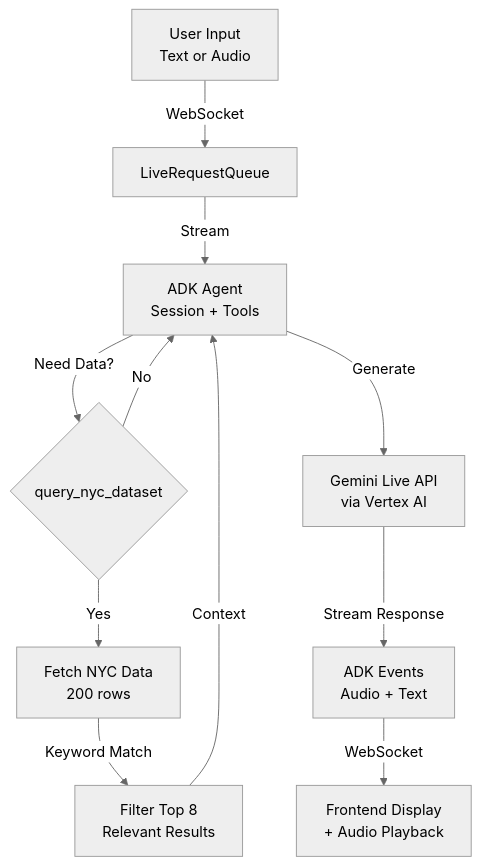
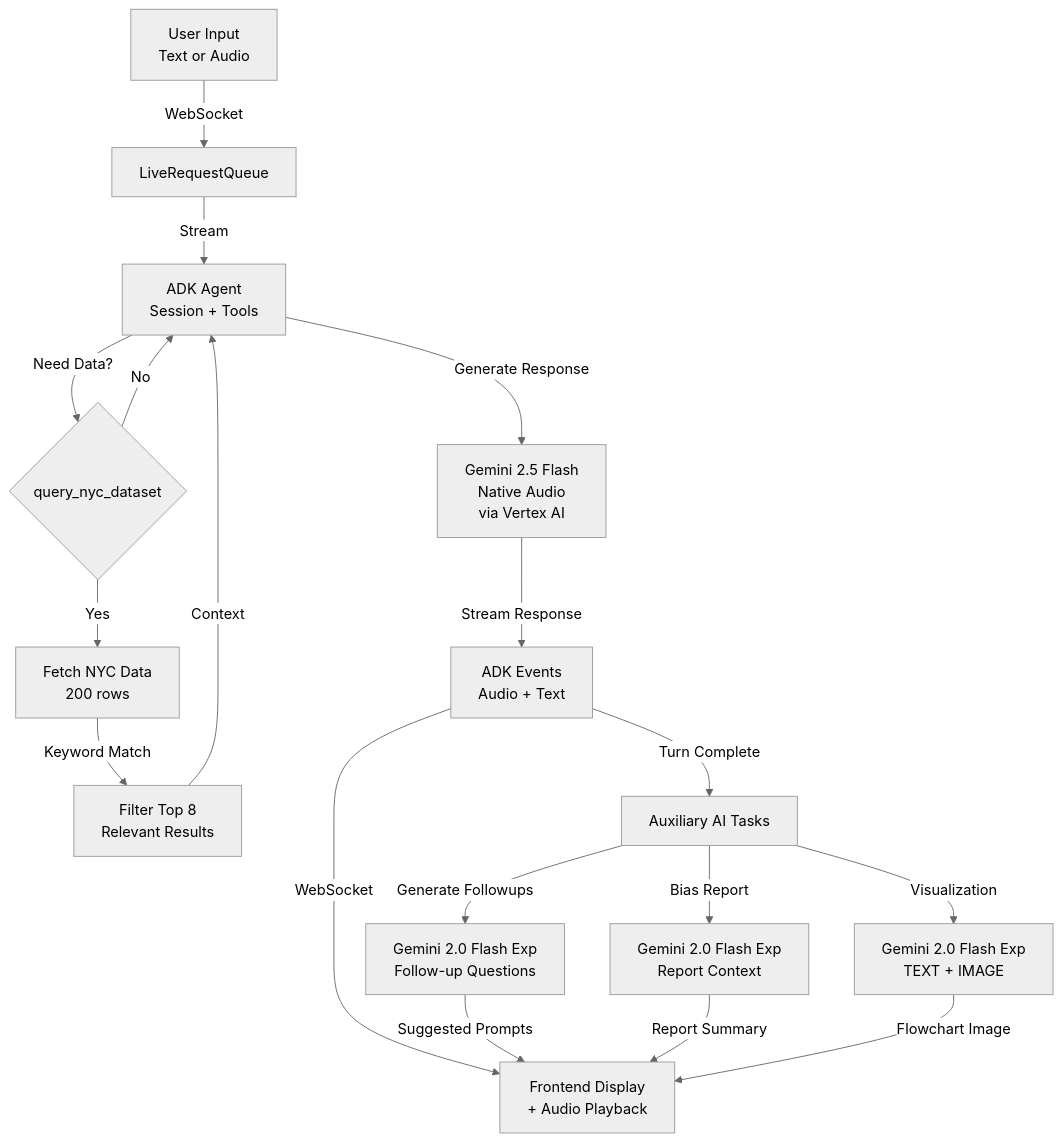
Before and after one commit to sophiajjj96-eng/decode_nyc: the third of 3 diagrams in docs/GOOGLE-SOLUTIONS.md, drawn with Mermaid (neutral theme). The commit also changed other lines of this file and 6 other files, not shown here.

First line of the commit message:
chore(config): update to stable gemini-2.5-flash-native-audio

````diff
--- a/docs/GOOGLE-SOLUTIONS.md
+++ b/docs/GOOGLE-SOLUTIONS.md
@@ -59,17 +60,26 @@
 ```mermaid
 graph TB
     Input[User Input<br/>Text or Audio]
     Input -->|WebSocket| Queue[LiveRequestQueue]
     
     Queue -->|Stream| Agent[ADK Agent<br/>Session + Tools]
     Agent -->|Need Data?| Tool{query_nyc_dataset}
     
     Tool -->|Yes| Fetch[Fetch NYC Data<br/>200 rows]
     Fetch -->|Keyword Match| Filter[Filter Top 8<br/>Relevant Results]
     Filter -->|Context| Agent
     Tool -->|No| Agent
     
-    Agent -->|Generate| Gemini[Gemini Live API<br/>via Vertex AI]
-    Gemini -->|Stream Response| Events[ADK Events<br/>Audio + Text]
+    Agent -->|Generate Response| MainModel[Gemini 2.5 Flash<br/>Native Audio<br/>via Vertex AI]
+    MainModel -->|Stream Response| Events[ADK Events<br/>Audio + Text]
+    
+    Events -->|Turn Complete| Auxiliary[Auxiliary AI Tasks]
+    Auxiliary -->|Generate Followups| Followup[Gemini 2.0 Flash Exp<br/>Follow-up Questions]
+    Auxiliary -->|Bias Report| BiasGen[Gemini 2.0 Flash Exp<br/>Report Context]
+    Auxiliary -->|Visualization| Multimodal[Gemini 2.0 Flash Exp<br/>TEXT + IMAGE]
+    
     Events -->|WebSocket| Output[Frontend Display<br/>+ Audio Playback]
+    Followup -->|Suggested Prompts| Output
+    BiasGen -->|Report Summary| Output
+    Multimodal -->|Flowchart Image| Output
 ```
````
